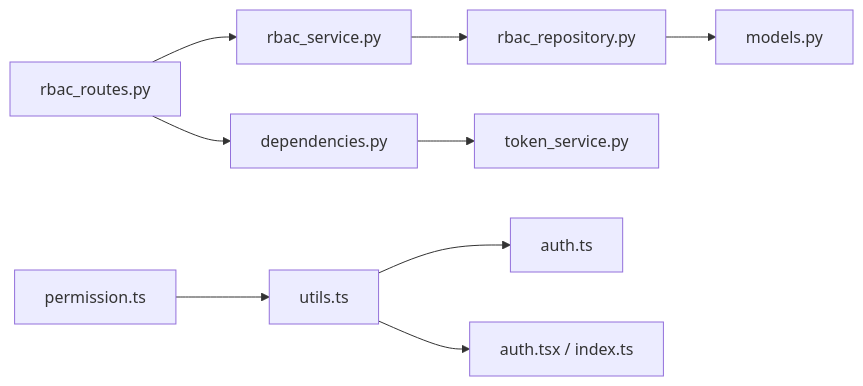
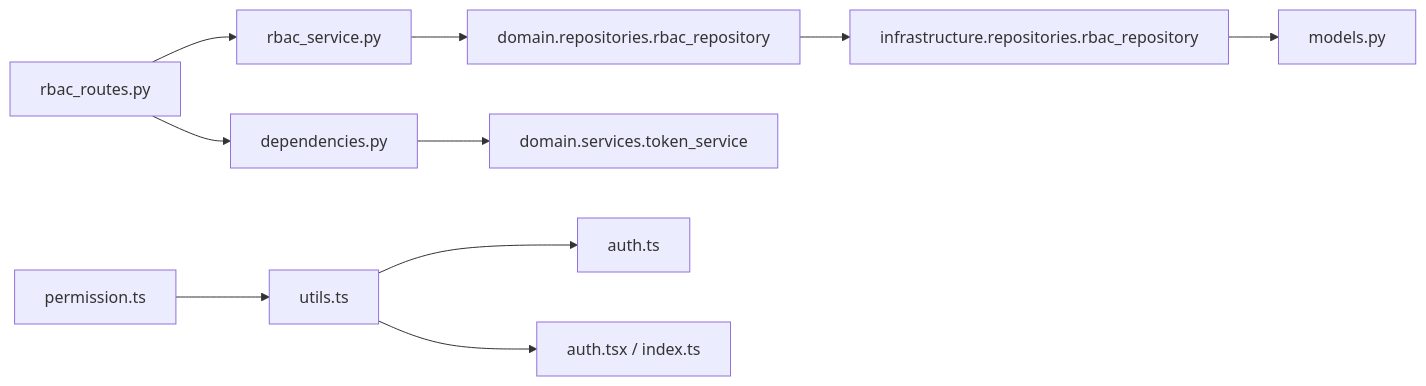
The eighth of 8 diagrams in .qoder/repowiki/zh/content/RBAC 权限系统/RBAC 权限系统.md (taoweidong/Hello-FastApi), drawn with Mermaid before and after one commit. The commit also changed other lines of this file and 18 other files, not shown here.

````diff
--- a/.qoder/repowiki/zh/content/RBAC 权限系统/RBAC 权限系统.md
+++ b/.qoder/repowiki/zh/content/RBAC 权限系统/RBAC 权限系统.md
@@ -296,11 +393,12 @@
 ```mermaid
 graph LR
 Routes["rbac_routes.py"] --> Service["rbac_service.py"]
-Service --> Repo["rbac_repository.py"]
-Repo --> Models["models.py"]
+Service --> DomainRepo["domain.repositories.rbac_repository"]
+DomainRepo --> InfraRepo["infrastructure.repositories.rbac_repository"]
+InfraRepo --> Models["models.py"]
 Routes --> Deps["dependencies.py"]
-Deps --> Token["token_service.py"]
+Deps --> Token["domain.services.token_service"]
 FrontUtils["utils.ts"] --> FrontAuth["auth.ts"]
 FrontUtils --> FrontComp["auth.tsx / index.ts"]
 FrontStore["permission.ts"] --> FrontUtils
 ```
````
